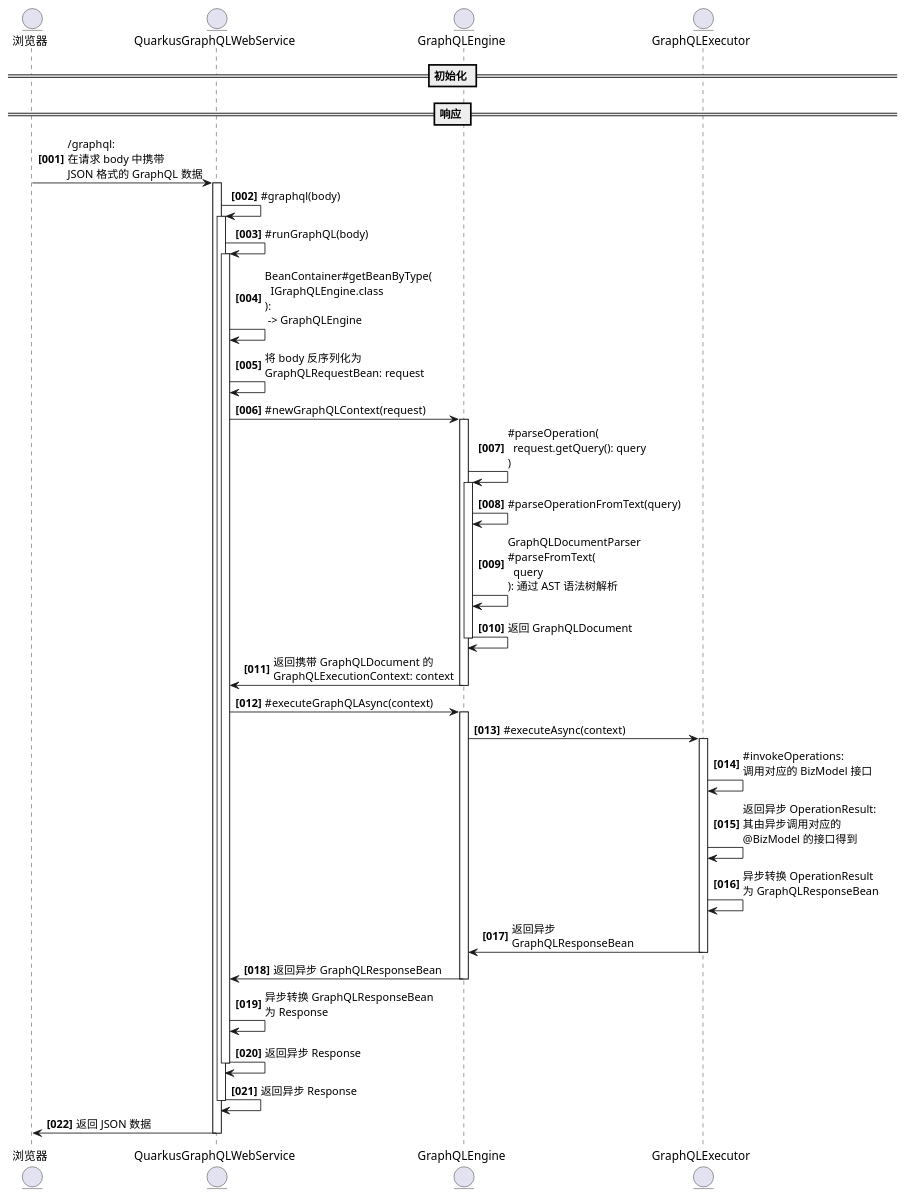
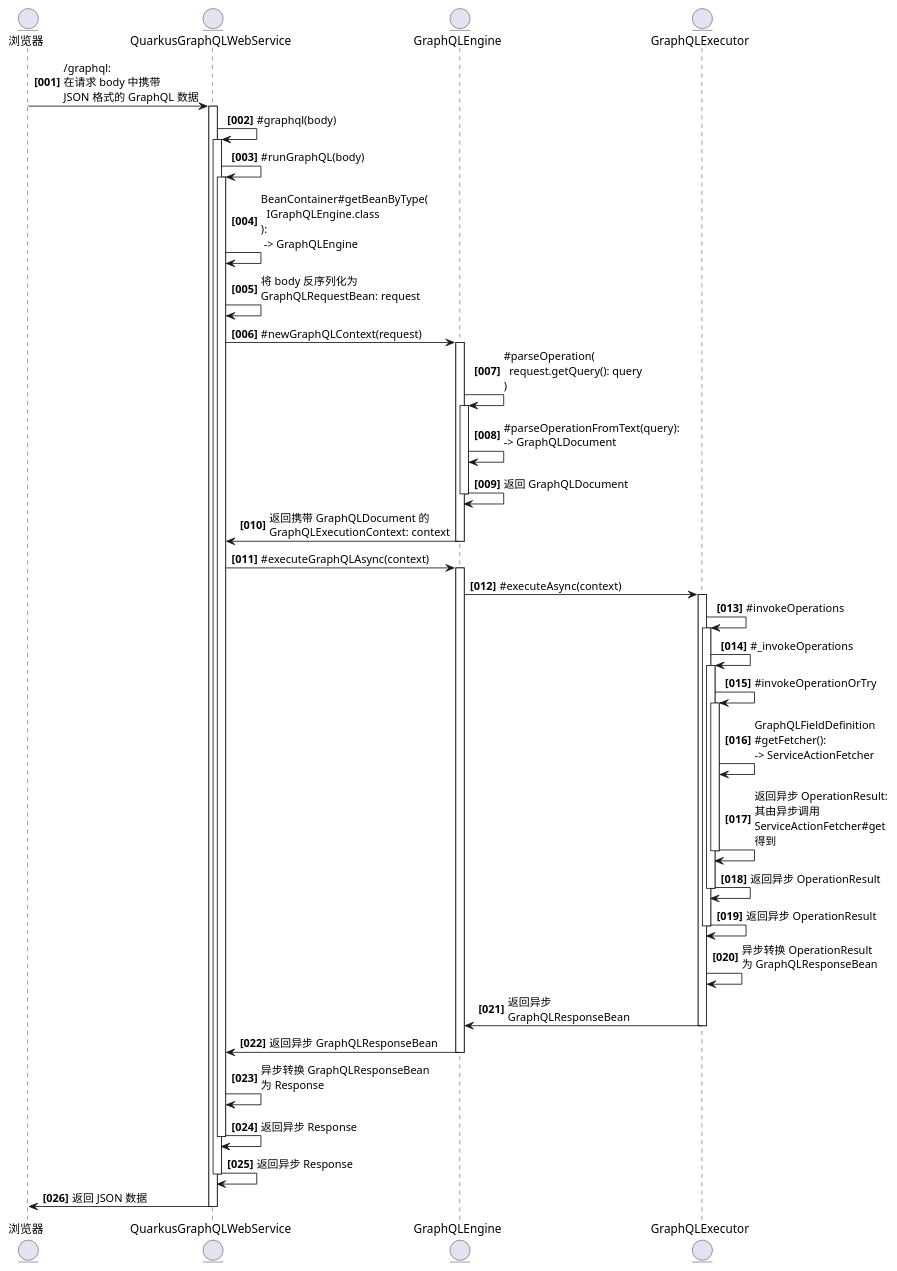
The eighth of 9 diagrams in docs/100.platform/800.nop/250.about/500.code.md (crazydan-studio/duzhou.crazydan.io), drawn with PlantUML before and after one commit. The commit also changed other lines of this file and 1 other file, not shown here.

````diff
--- a/docs/100.platform/800.nop/250.about/500.code.md
+++ b/docs/100.platform/800.nop/250.about/500.code.md
@@ -495,58 +497,67 @@
 ```plantuml
 autonumber "<b>[000]"
 
 entity "浏览器" as browser
 entity "QuarkusGraphQLWebService" as service
 entity "GraphQLEngine" as engine
 entity "GraphQLExecutor" as executor
-
-== 初始化 ==
-
-== 响应 ==
 
 browser -> service: /graphql:\n在请求 body 中携带\nJSON 格式的 GraphQL 数据
 activate service
   service -> service: ~#graphql(body)
   activate service
     service -> service: ~#runGraphQL(body)
     activate service
       service -> service: BeanContainer#getBeanByType(\n  IGraphQLEngine.class\n):\n -> GraphQLEngine
       service -> service: 将 body 反序列化为\nGraphQLRequestBean: request
 
       service -> engine: ~#newGraphQLContext(request)
       activate engine
         engine -> engine: ~#parseOperation(\n  request.getQuery(): query\n)
         activate engine
-          engine -> engine: ~#parseOperationFromText(query)
-          engine -> engine: GraphQLDocumentParser\n~#parseFromText(\n  query\n): 通过 AST 语法树解析
+          engine -> engine: ~#parseOperationFromText(query):\n-> GraphQLDocument
 
           engine -> engine: 返回 GraphQLDocument
         deactivate engine
 
         engine -> service: 返回携带 GraphQLDocument 的\nGraphQLExecutionContext: context
       deactivate engine
 
       service -> engine: ~#executeGraphQLAsync(context)
       activate engine
         engine -> executor: ~#executeAsync(context)
         activate executor
-          executor -> executor: ~#invokeOperations:\n调用对应的 BizModel 接口
-          executor -> executor: 返回异步 OperationResult:\n其由异步调用对应的\n@BizModel 的接口得到
+          executor -> executor: ~#invokeOperations
+          activate executor
+            executor -> executor: ~#_invokeOperations
+            activate executor
+              executor -> executor: ~#invokeOperationOrTry
+              activate executor
+                executor -> executor: GraphQLFieldDefinition\n~#getFetcher():\n-> ServiceActionFetcher
+
+                executor -> executor: 返回异步 OperationResult:\n其由异步调用\nServiceActionFetcher#get\n得到
+              deactivate executor
+
+              executor -> executor: 返回异步 OperationResult
+            deactivate executor
+
+            executor -> executor: 返回异步 OperationResult
+          deactivate executor
 
           executor -> executor: 异步转换 OperationResult\n为 GraphQLResponseBean
           executor -> engine: 返回异步\nGraphQLResponseBean
         deactivate executor
 
         engine -> service: 返回异步 GraphQLResponseBean
       deactivate engine
 
       service -> service: 异步转换 GraphQLResponseBean\n为 Response
       service -> service: 返回异步 Response
     deactivate service
 
     service -> service: 返回异步 Response
   deactivate service
 
   service -> browser: 返回 JSON 数据
 deactivate service
 ```
````
